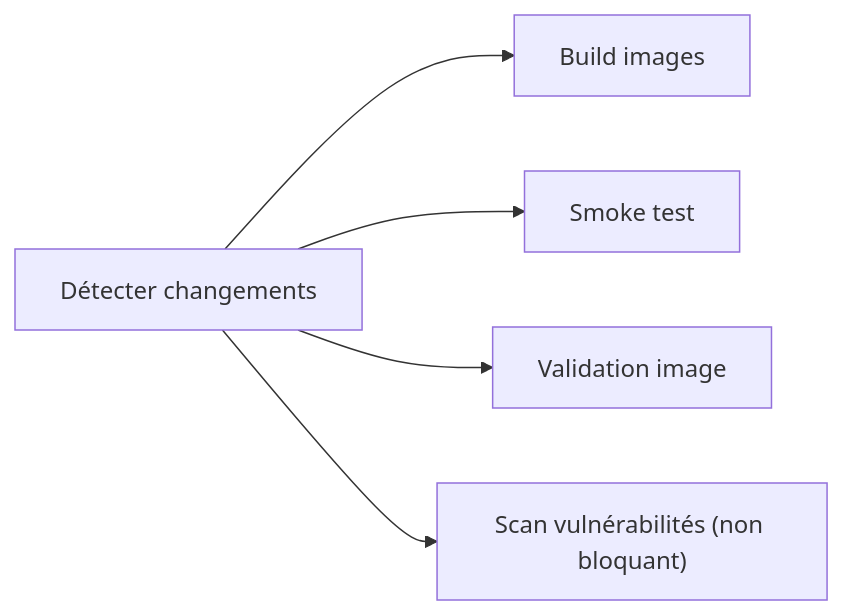
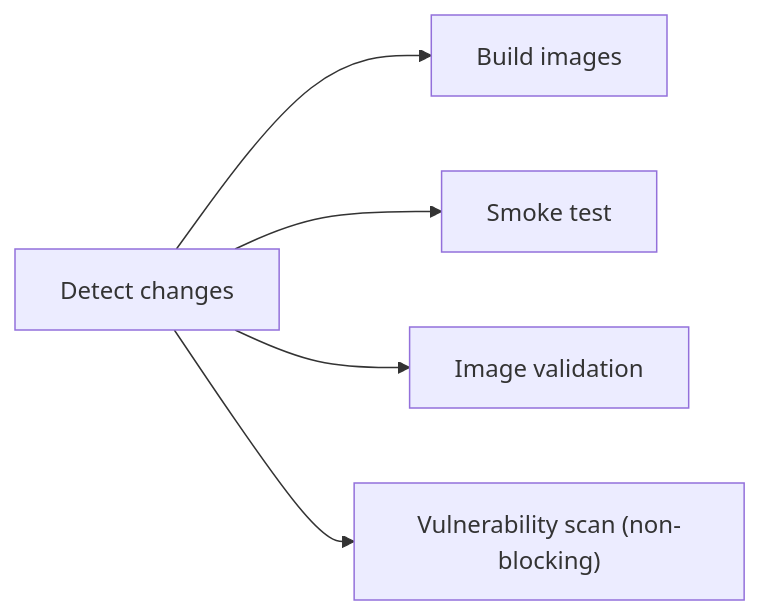
Before and after one commit to tale-project/tale: the first of 2 diagrams in docs/fr/develop/contributing-docker.md, drawn with Mermaid. The commit also changed other lines of this file and 329 other files, not shown here.

````diff
--- a/docs/fr/develop/contributing-docker.md
+++ b/docs/fr/develop/contributing-docker.md
@@ -174,7 +173,7 @@
 ```mermaid
 graph LR
-    A["Détecter changements"] --> B["Build images"]
+    A["Detect changes"] --> B["Build images"]
     A --> C["Smoke test"]
-    A --> D["Validation image"]
-    A --> E["Scan vulnérabilités (non bloquant)"]
+    A --> D["Image validation"]
+    A --> E["Vulnerability scan (non-blocking)"]
 ```
````
